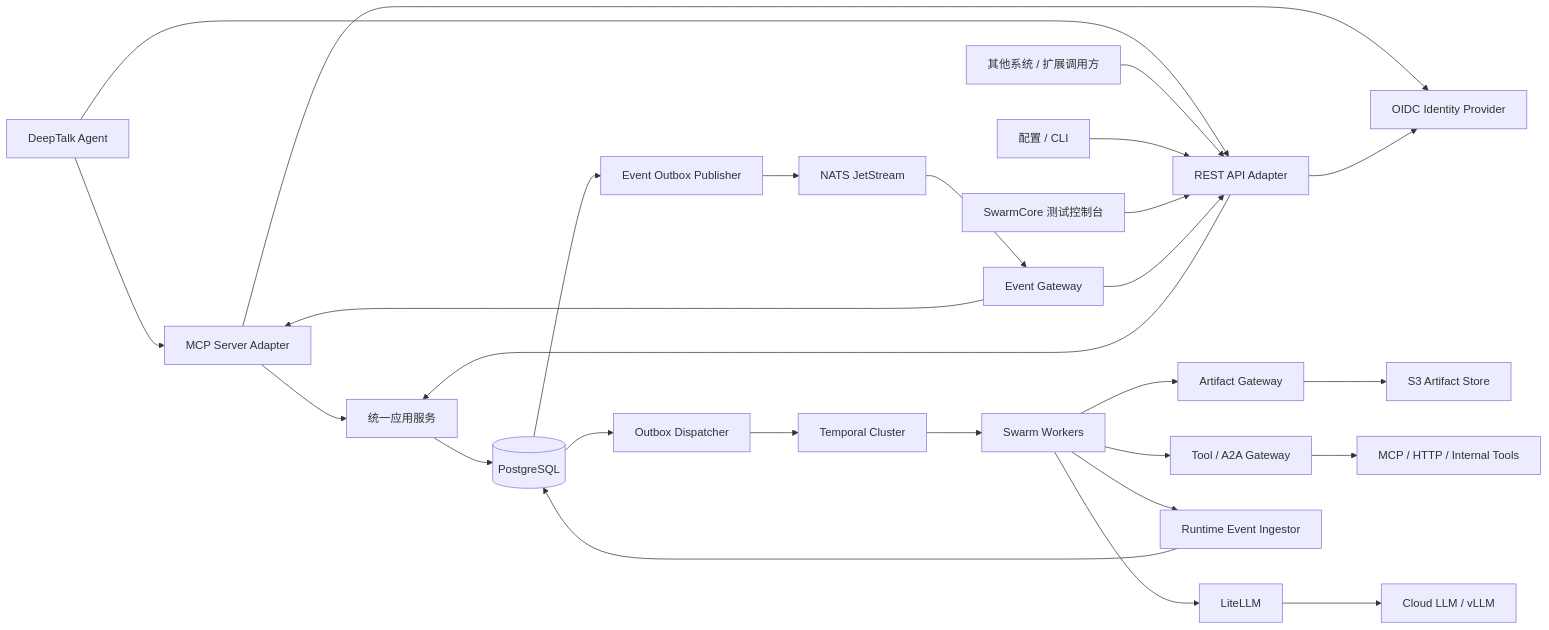
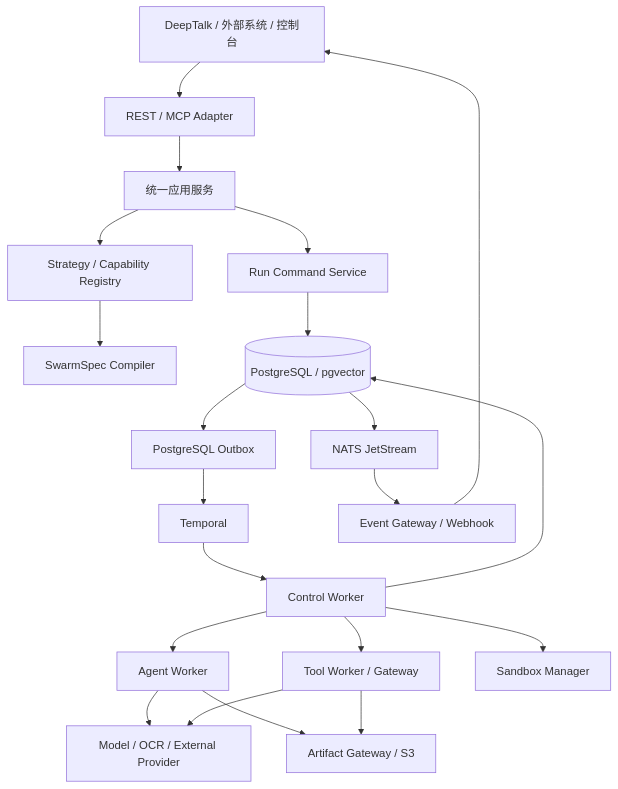
Before and after one commit to BlueX888/SwarmCore: the first of 2 diagrams in docs/swarmcore-system-design.md, drawn with Mermaid. The commit also changed other lines of this file and 92 other files, not shown here.

```diff
--- a/docs/swarmcore-system-design.md
+++ b/docs/swarmcore-system-design.md
@@ -135,41 +47,32 @@
 ~~~mermaid
-flowchart LR
-    DeepTalk[DeepTalk Agent]
-    External[其他系统 / 扩展调用方]
-    CLI[配置 / CLI]
-    UI[SwarmCore 测试控制台]
-    Rest[REST API Adapter]
-    MCPIn[MCP Server Adapter]
+flowchart TB
+    Caller[DeepTalk / 外部系统 / 控制台]
+    Entry[REST / MCP Adapter]
     App[统一应用服务]
-    IdP[OIDC Identity Provider]
-    Models[Cloud LLM / vLLM]
-    Tools[MCP / HTTP / Internal Tools]
-    Store[S3 Artifact Store]
+    Registry[Strategy / Capability Registry]
+    Compiler[SwarmSpec Compiler]
+    RunService[Run Command Service]
+    Outbox[PostgreSQL Outbox]
+    Temporal[Temporal]
+    Control[Control Worker]
+    Agent[Agent Worker]
+    Tool[Tool Worker / Gateway]
+    Sandbox[Sandbox Manager]
+    Provider[Model / OCR / External Provider]
+    Artifact[Artifact Gateway / S3]
+    PG[(PostgreSQL / pgvector)]
+    NATS[NATS JetStream]
+    Events[Event Gateway / Webhook]
 
-    DeepTalk --> MCPIn
-    DeepTalk --> Rest
-    External --> Rest
-    CLI --> Rest
-    UI --> Rest
-    MCPIn --> App
-    Rest --> App
-    MCPIn --> IdP
-    Rest --> IdP
-    App --> PG[(PostgreSQL)]
-    PG --> Dispatcher[Outbox Dispatcher]
-    Dispatcher --> Temporal[Temporal Cluster]
-    Temporal --> Worker[Swarm Workers]
-    Worker --> ModelGateway[LiteLLM]
-    ModelGateway --> Models
-    Worker --> ToolGateway[Tool / A2A Gateway]
-    ToolGateway --> Tools
-    Worker --> ArtifactGateway[Artifact Gateway]
-    ArtifactGateway --> Store
-    Worker --> Ingestor[Runtime Event Ingestor]
-    Ingestor --> PG
-    PG --> Publisher[Event Outbox Publisher]
-    Publisher --> NATS[NATS JetStream]
-    NATS --> Events[Event Gateway]
-    Events --> Rest
-    Events --> MCPIn
+    Caller --> Entry --> App
+    App --> Registry --> Compiler
+    App --> RunService --> PG
+    PG --> Outbox --> Temporal --> Control
+    Control --> Agent --> Provider
+    Control --> Tool --> Provider
+    Control --> Sandbox
+    Agent --> Artifact
+    Tool --> Artifact
+    Control --> PG
+    PG --> NATS --> Events --> Caller
 ~~~
```
